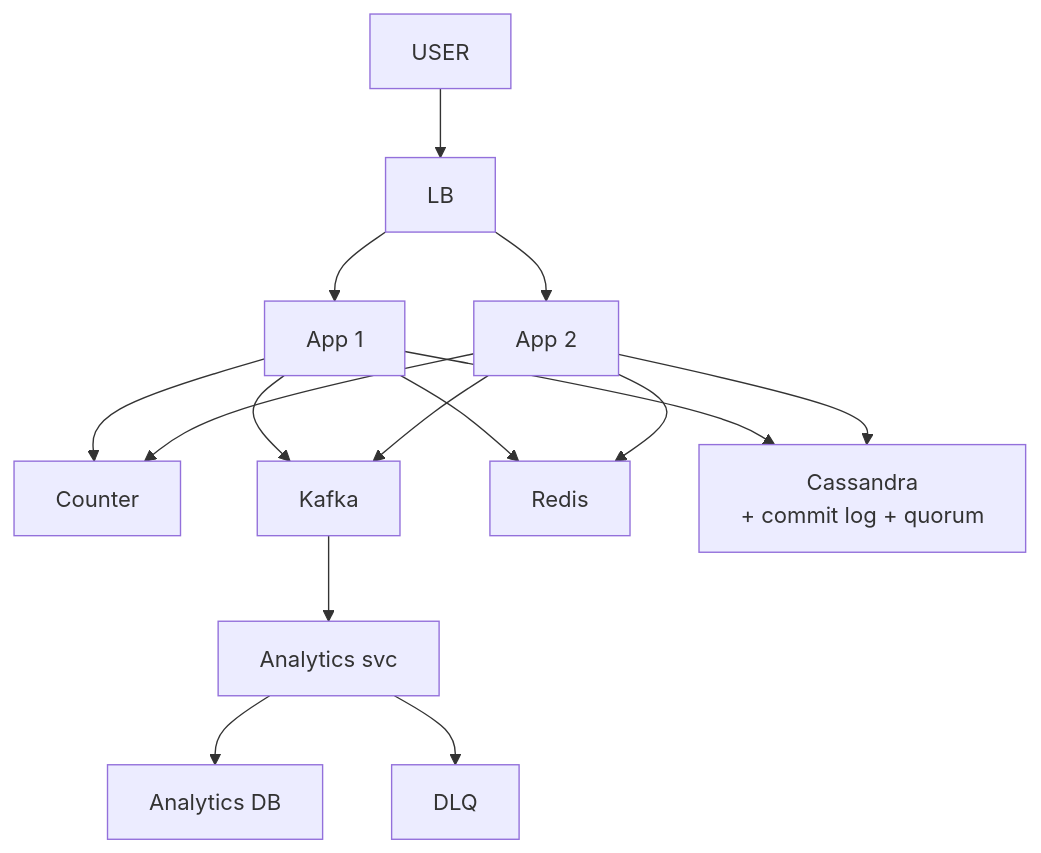
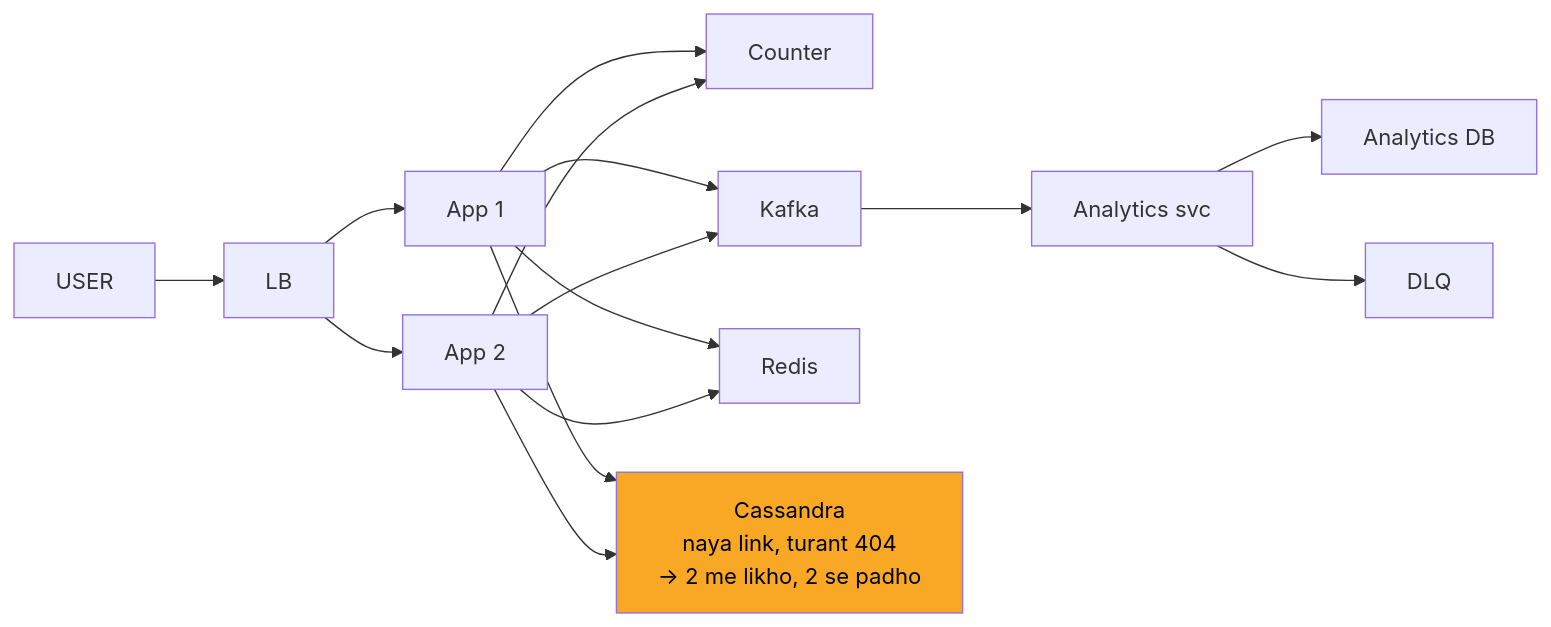
One commit to ArpanMaheshwari144/Prep changed the seventh of 10 diagrams in 04_HLD/SYSTEM_DESIGNS/01_url_shortener/01_url_shortener.md. Above: the diagram before and after it, drawn with Mermaid. The commit also changed other lines of this file and 2 other files, not shown here.

Commit message:
url shortener, rate limiter, twitter: one-day story, short cards, follow-ups with rules, highlighted diagrams

````diff
--- a/04_HLD/SYSTEM_DESIGNS/01_url_shortener/01_url_shortener.md
+++ b/04_HLD/SYSTEM_DESIGNS/01_url_shortener/01_url_shortener.md
@@ -330,28 +317,29 @@
 ```mermaid
-flowchart TD
+flowchart LR
     n_USER["USER"]
     n_LB["LB"]
     n_App_x_N_1["App 1"]
     n_App_x_N_2["App 2"]
     n_Counter["Counter"]
     n_Kafka["Kafka"]
     n_Analytics_svc["Analytics svc"]
     n_Analytics_DB["Analytics DB"]
     n_DLQ["DLQ"]
     n_Redis["Redis"]
-    n_Cassandra["Cassandra<br/>+ commit log + quorum"]
+    n_Cassandra["Cassandra<br/>naya link, turant 404<br/>-> 2 me likho, 2 se padho"]
     n_USER --> n_LB
     n_LB --> n_App_x_N_1
     n_LB --> n_App_x_N_2
     n_App_x_N_1 --> n_Counter
     n_App_x_N_2 --> n_Counter
     n_App_x_N_1 --> n_Kafka
     n_App_x_N_2 --> n_Kafka
     n_App_x_N_1 --> n_Redis
     n_App_x_N_2 --> n_Redis
     n_Kafka --> n_Analytics_svc
     n_Analytics_svc --> n_Analytics_DB
     n_App_x_N_1 --> n_Cassandra
     n_App_x_N_2 --> n_Cassandra
     n_Analytics_svc --> n_DLQ
+    style n_Cassandra fill:#f9a825,color:#000
 ```
````
